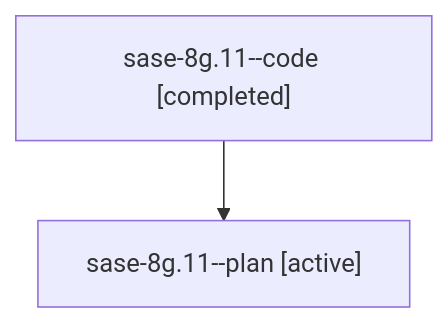
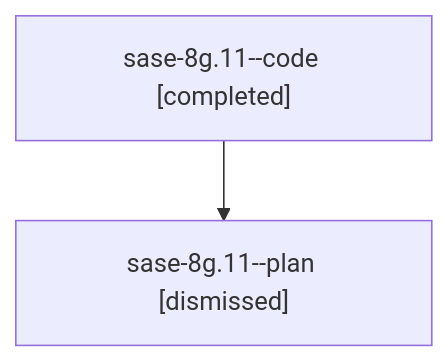
One commit to sase-org/sase--agents changed the diagram in sessions/bbugyi200.athena.sase-8g.11.md. Above: the diagram before and after it, drawn with Mermaid. The commit also changed other lines of this file and 100 other files, not shown here.

````diff
--- a/sessions/bbugyi200.athena.sase-8g.11.md
+++ b/sessions/bbugyi200.athena.sase-8g.11.md
@@ -9,6 +9,6 @@
 ```mermaid
 flowchart TD
   n0["sase-8g.11--code [completed]"]
-  n1["sase-8g.11--plan [active]"]
+  n1["sase-8g.11--plan [dismissed]"]
   n0 --> n1
 ```
````
